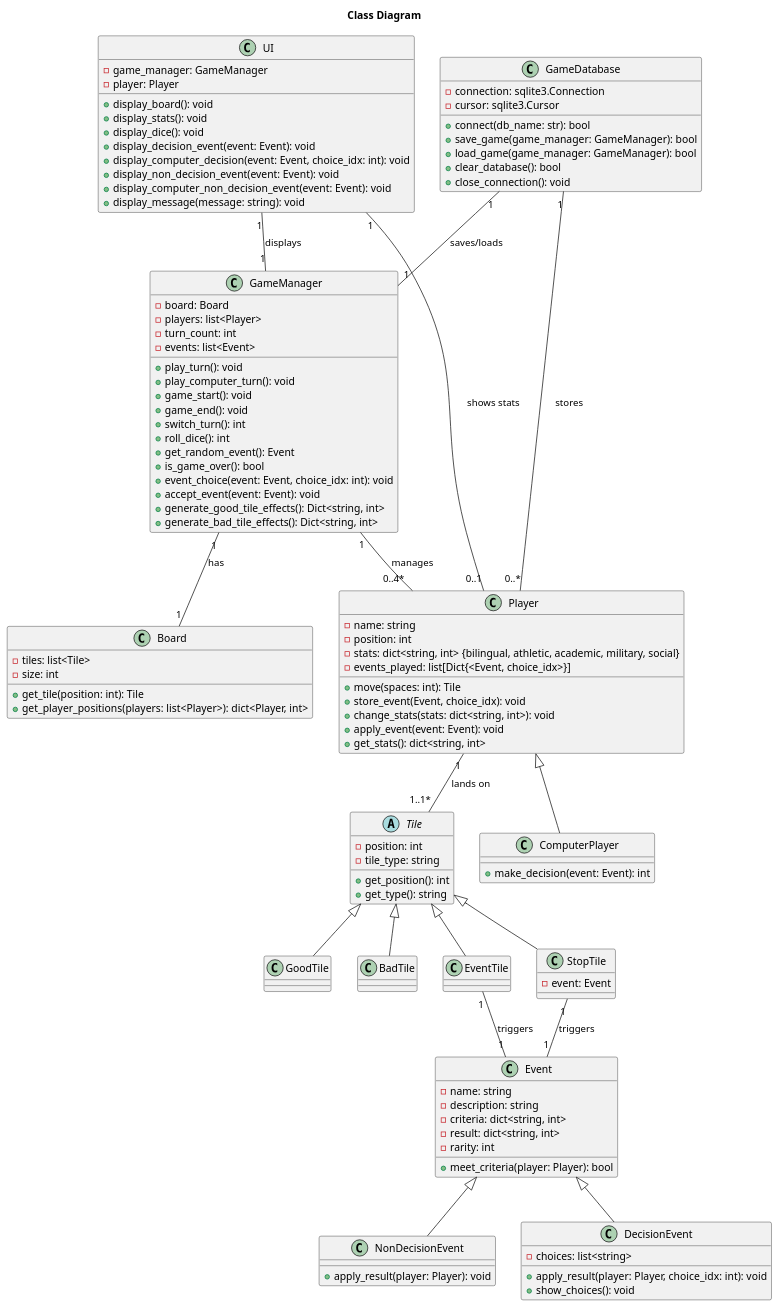
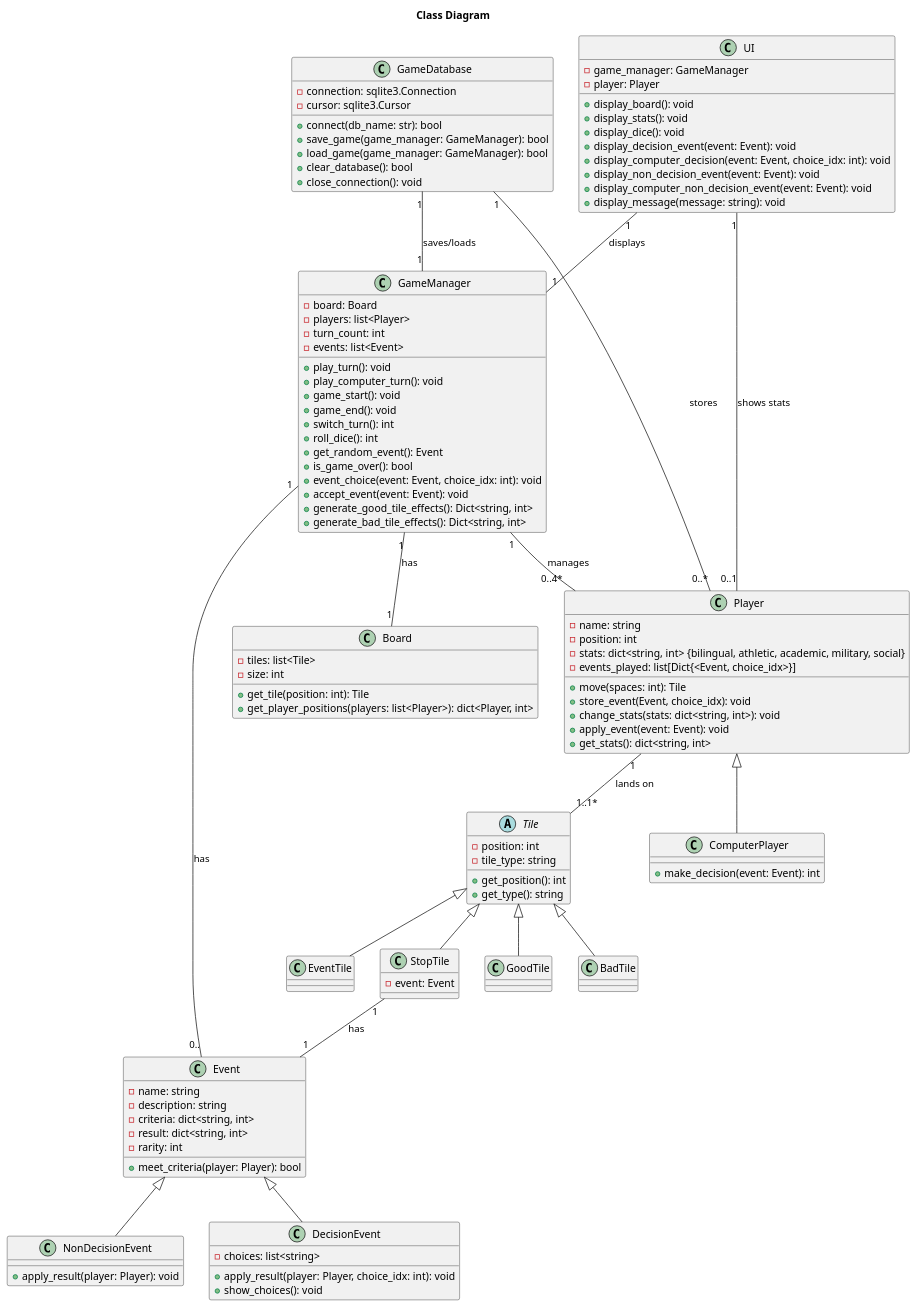
One commit to CSE-362-2025/BoardGameProject changed the diagram in diagrams/class_diagram.puml. Above: the diagram before and after it, drawn with PlantUML.

Commit message:
more small changes oops

```diff
--- a/diagrams/class_diagram.puml
+++ b/diagrams/class_diagram.puml
@@ -1,152 +1,152 @@
 @startuml class_diagram
 title "Class Diagram"
 ' skinparam shadowing false
 ' skinparam classAttributeIconSize 0
 
 class GameDatabase {
     
     - connection: sqlite3.Connection
     - cursor: sqlite3.Cursor
 
     + connect(db_name: str): bool
     + save_game(game_manager: GameManager): bool
     + load_game(game_manager: GameManager): bool
     + clear_database(): bool
     + close_connection(): void
 
 }
 
 class Board {
 
     - tiles: list<Tile>
     - size: int
 
     + get_tile(position: int): Tile
     + get_player_positions(players: list<Player>): dict<Player, int>
 }
 
 abstract class Tile {
 
     - position: int
     - tile_type: string
 
     + get_position(): int
     + get_type(): string
 }
 
 class GoodTile {
 }
 
 class BadTile {
 }
 
 class EventTile {
 }
 
 class StopTile {
     - event: Event
 
 }
 
 class Player {
 
     - name: string
     - position: int
     - stats: dict<string, int> {bilingual, athletic, academic, military, social}
     - events_played: list[Dict{<Event, choice_idx>}]
 
     + move(spaces: int): Tile
     + store_event(Event, choice_idx): void
     + change_stats(stats: dict<string, int>): void
     + apply_event(event: Event): void
     + get_stats(): dict<string, int>
 
 }
 
 class ComputerPlayer {
 
     + make_decision(event: Event): int
 }
 
 class Event {
 
     - name: string
     - description: string
     - criteria: dict<string, int>
     - result: dict<string, int>
     - rarity: int
 
     + meet_criteria(player: Player): bool
 }
 
 class NonDecisionEvent {
 
     + apply_result(player: Player): void
 }
 
 class DecisionEvent {
     - choices: list<string>
 
     + apply_result(player: Player, choice_idx: int): void
     + show_choices(): void
 }
 
 
 class GameManager {
 
     - board: Board
     - players: list<Player>
     - turn_count: int
     - events: list<Event>
 
     + play_turn(): void
     + play_computer_turn(): void
     + game_start(): void
     + game_end(): void
     + switch_turn(): int
     + roll_dice(): int
     + get_random_event(): Event
     + is_game_over(): bool
     + event_choice(event: Event, choice_idx: int): void
     + accept_event(event: Event): void
     + generate_good_tile_effects(): Dict<string, int>
     + generate_bad_tile_effects(): Dict<string, int>
 }
 
 class UI {
 
     - game_manager: GameManager
     - player: Player
 
     + display_board(): void
     + display_stats(): void
     + display_dice(): void
     + display_decision_event(event: Event): void
     + display_computer_decision(event: Event, choice_idx: int): void
     + display_non_decision_event(event: Event): void
     + display_computer_non_decision_event(event: Event): void
     + display_message(message: string): void
 }
 
 
 ' Relationships
 
 Player "1" -- "1..1*" Tile : "lands on"
 GameDatabase "1" -- "0..*" Player : "stores"
 GameDatabase "1" -- "1" GameManager : "saves/loads"
 GameManager "1" -- "0..4*" Player : "manages"
 GameManager "1" -- "1" Board : "has"
+GameManager "1" -- "0.." Event : "has"
 UI "1" -- "1" GameManager : "displays"
 UI "1" -- "0..1" Player : "shows stats"
-EventTile "1" -- "1" Event : "triggers"
-StopTile "1" -- "1" Event : "triggers"
+StopTile "1" -- "1" Event : "has"
 Tile <|-- GoodTile
 Tile <|-- BadTile
 Tile <|-- EventTile
 Tile <|-- StopTile
 Event <|-- NonDecisionEvent
 Event <|-- DecisionEvent
 Player <|-- ComputerPlayer
 
 
 @enduml
```
